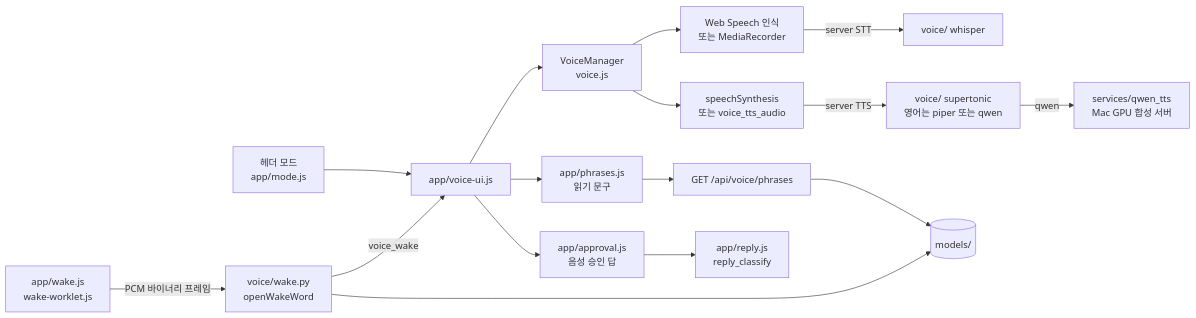
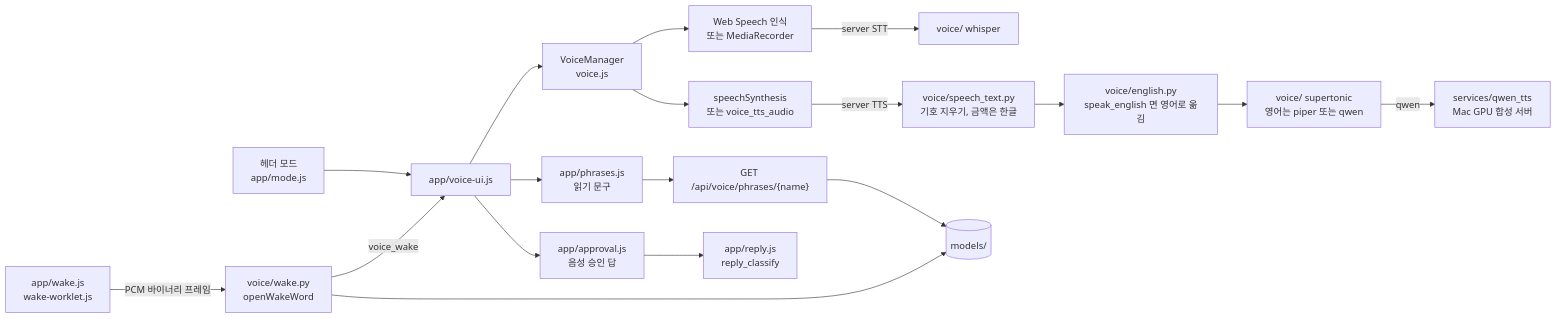
The fourth of 4 diagrams in website/docs/concepts/conversation/voice.md (ash-hun/jarvis-agent), drawn with Mermaid before and after one commit. The commit also changed other lines of this file and 30 other files, not shown here.

First line of the commit message:
Docs: 기능별 그림 13장과 캡션, mermaid 를 지금 코드에 맞춰, 사라진 메모리 미들웨어와 ThoughtFrame 약속 필드를 지우고 이후 추가된 경로를 그린다 (#179)

````diff
--- a/website/docs/concepts/conversation/voice.md
+++ b/website/docs/concepts/conversation/voice.md
@@ -327,17 +327,19 @@
 ```mermaid
 flowchart LR
   MODE[헤더 모드<br/>app/mode.js] --> VUI[app/voice-ui.js]
   VUI --> VM[VoiceManager<br/>voice.js]
   VM --> SR[Web Speech 인식<br/>또는 MediaRecorder]
   VM --> TTS[speechSynthesis<br/>또는 voice_tts_audio]
   SR -->|server STT| STT[voice/ whisper]
-  TTS -->|server TTS| SUP[voice/ supertonic<br/>영어는 piper 또는 qwen]
+  TTS -->|server TTS| SPT[voice/speech_text.py<br/>기호 지우기, 금액은 한글]
+  SPT --> ENG[voice/english.py<br/>speak_english 면 영어로 옮김]
+  ENG --> SUP[voice/ supertonic<br/>영어는 piper 또는 qwen]
   SUP -->|qwen| QS[services/qwen_tts<br/>Mac GPU 합성 서버]
   VUI --> APR[app/approval.js<br/>음성 승인 답]
-  VUI --> PHR[app/phrases.js<br/>읽기 문구] --> PAPI[GET /api/voice/phrases]
+  VUI --> PHR[app/phrases.js<br/>읽기 문구] --> PAPI["GET /api/voice/phrases/{name}"]
   WAKE[app/wake.js<br/>wake-worklet.js] -->|PCM 바이너리 프레임| WD[voice/wake.py<br/>openWakeWord]
   WD -->|voice_wake| VUI
   PAPI --> MD[(models/)]
   WD --> MD
   APR --> RPL[app/reply.js<br/>reply_classify]
 ```
````
